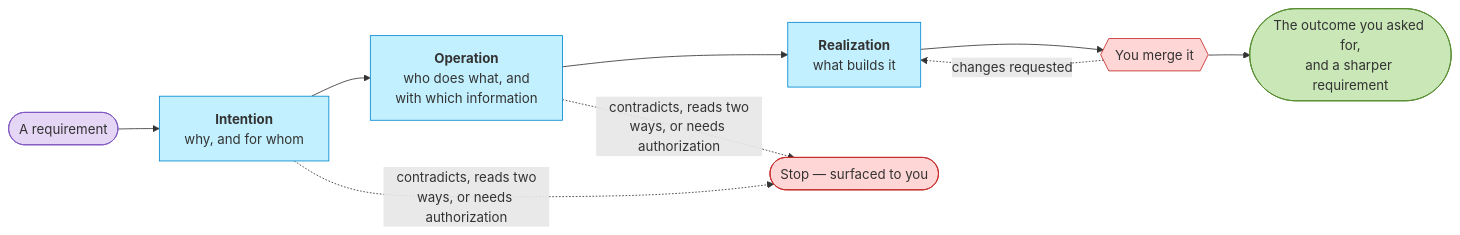
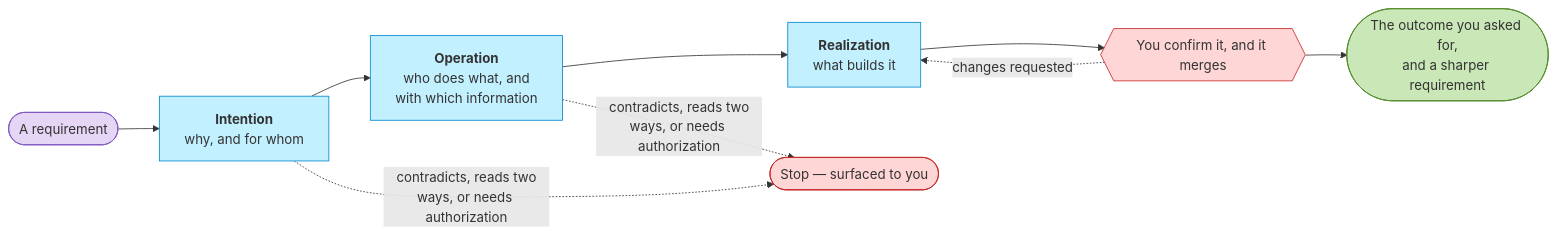
The diagram in README.md (roanboc/archreator), drawn with Mermaid before and after one commit. The commit also changed other lines of this file and 47 other files, not shown here.

````diff
--- a/README.md
+++ b/README.md
@@ -41,19 +43,19 @@
 ```mermaid
 flowchart LR
   req(["A requirement"]):::human
   intention["<b>Intention</b><br/>why, and for whom"]:::ai
   operation["<b>Operation</b><br/>who does what, and<br/>with which information"]:::ai
   realization["<b>Realization</b><br/>what builds it"]:::ai
   stop(["Stop — surfaced to you"]):::gate
-  merge{{"You merge it"}}:::gate
+  merge{{"You confirm it, and it merges"}}:::gate
   out(["The outcome you asked for,<br/>and a sharper requirement"]):::done
 
   req --> intention --> operation --> realization --> merge --> out
   intention -.->|"contradicts, reads two<br/>ways, or needs authorization"| stop
   operation -.->|"contradicts, reads two<br/>ways, or needs authorization"| stop
   merge -.->|"changes requested"| realization
   classDef human fill:#e6d6f5,stroke:#7e57c2,color:#333
   classDef ai fill:#c2f0ff,stroke:#0288d1,color:#333
   classDef gate fill:#ffd6d6,stroke:#c62828,color:#333
   classDef done fill:#c9e7b7,stroke:#558b2f,color:#333
 ```
````
